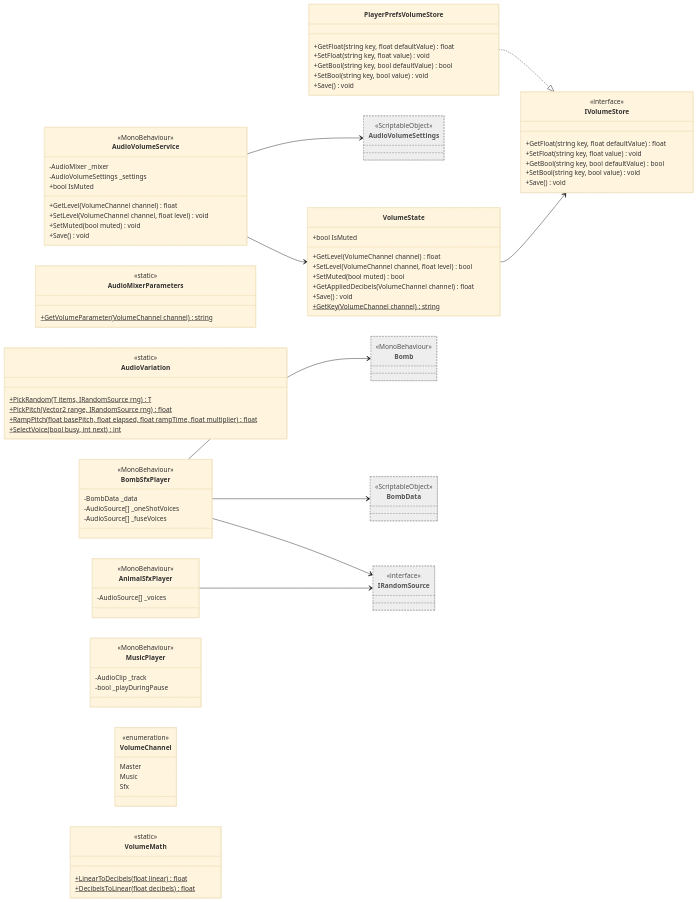
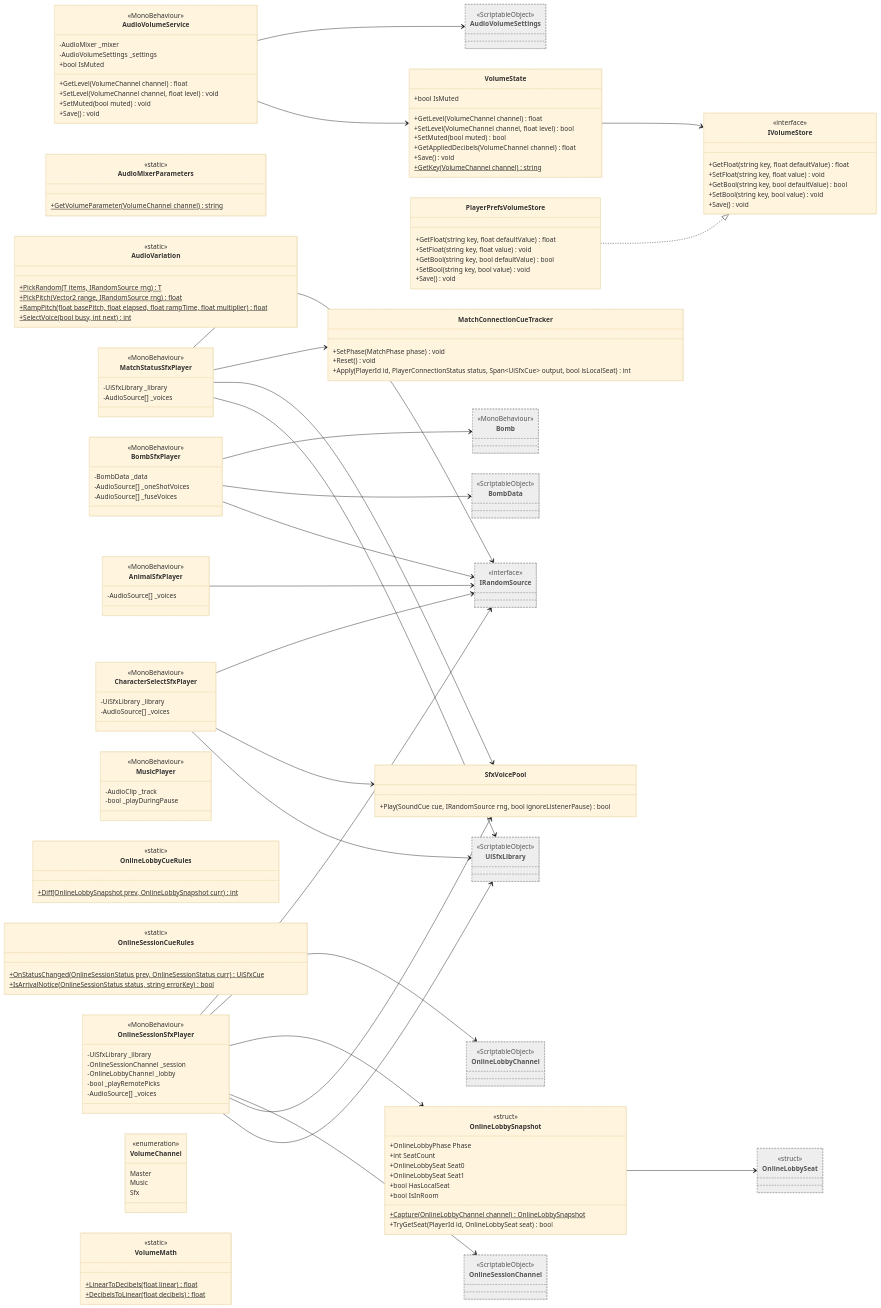
The diagram in Docs/Arquitectura/Modulos/Modulo Audio.md (Chacashi/Alien-Farms), drawn with Mermaid (base theme) before and after one commit. The commit also changed other lines of this file and 257 other files, not shown here.

```diff
--- a/Docs/Arquitectura/Modulos/Modulo Audio.md
+++ b/Docs/Arquitectura/Modulos/Modulo Audio.md
@@ -42,6 +42,11 @@
     -AudioSource[] _oneShotVoices
     -AudioSource[] _fuseVoices
   }
+  class CharacterSelectSfxPlayer {
+    <<MonoBehaviour>>
+    -UiSfxLibrary _library
+    -AudioSource[] _voices
+  }
   class IVolumeStore {
     <<interface>>
     +GetFloat(string key, float defaultValue) float
@@ -50,10 +55,48 @@
     +SetBool(string key, bool value) void
     +Save() void
   }
+  class MatchConnectionCueTracker {
+    +SetPhase(MatchPhase phase) void
+    +Reset() void
+    +Apply(PlayerId id, PlayerConnectionStatus status, Span~UiSfxCue~ output, bool isLocalSeat) int
+  }
+  class MatchStatusSfxPlayer {
+    <<MonoBehaviour>>
+    -UiSfxLibrary _library
+    -AudioSource[] _voices
+  }
   class MusicPlayer {
     <<MonoBehaviour>>
     -AudioClip _track
     -bool _playDuringPause
+  }
+  class OnlineLobbyCueRules {
+    <<static>>
+    +Diff(OnlineLobbySnapshot prev, OnlineLobbySnapshot curr)$ int
+  }
+  class OnlineLobbySnapshot {
+    <<struct>>
+    +OnlineLobbyPhase Phase
+    +int SeatCount
+    +OnlineLobbySeat Seat0
+    +OnlineLobbySeat Seat1
+    +bool HasLocalSeat
+    +bool IsInRoom
+    +Capture(OnlineLobbyChannel channel)$ OnlineLobbySnapshot
+    +TryGetSeat(PlayerId id, OnlineLobbySeat seat) bool
+  }
+  class OnlineSessionCueRules {
+    <<static>>
+    +OnStatusChanged(OnlineSessionStatus prev, OnlineSessionStatus curr)$ UiSfxCue
+    +IsArrivalNotice(OnlineSessionStatus status, string errorKey)$ bool
+  }
+  class OnlineSessionSfxPlayer {
+    <<MonoBehaviour>>
+    -UiSfxLibrary _library
+    -OnlineSessionChannel _session
+    -OnlineLobbyChannel _lobby
+    -bool _playRemotePicks
+    -AudioSource[] _voices
   }
   class PlayerPrefsVolumeStore {
     +GetFloat(string key, float defaultValue) float
@@ -61,6 +104,9 @@
     +GetBool(string key, bool defaultValue) bool
     +SetBool(string key, bool value) void
     +Save() void
+  }
+  class SfxVoicePool {
+    +Play(SoundCue cue, IRandomSource rng, bool ignoreListenerPause) bool
   }
   class VolumeChannel {
     <<enumeration>>
@@ -90,12 +136,34 @@
   <<ScriptableObject>> BombData
   class IRandomSource:::external
   <<interface>> IRandomSource
+  class OnlineLobbyChannel:::external
+  <<ScriptableObject>> OnlineLobbyChannel
+  class OnlineLobbySeat:::external
+  <<struct>> OnlineLobbySeat
+  class OnlineSessionChannel:::external
+  <<ScriptableObject>> OnlineSessionChannel
+  class UiSfxLibrary:::external
+  <<ScriptableObject>> UiSfxLibrary
   AnimalSfxPlayer --> IRandomSource
   AudioVolumeService --> AudioVolumeSettings
   AudioVolumeService --> VolumeState
   BombSfxPlayer --> Bomb
   BombSfxPlayer --> BombData
   BombSfxPlayer --> IRandomSource
+  CharacterSelectSfxPlayer --> IRandomSource
+  CharacterSelectSfxPlayer --> SfxVoicePool
+  CharacterSelectSfxPlayer --> UiSfxLibrary
+  MatchStatusSfxPlayer --> IRandomSource
+  MatchStatusSfxPlayer --> MatchConnectionCueTracker
+  MatchStatusSfxPlayer --> SfxVoicePool
+  MatchStatusSfxPlayer --> UiSfxLibrary
+  OnlineLobbySnapshot --> OnlineLobbySeat
+  OnlineSessionSfxPlayer --> IRandomSource
+  OnlineSessionSfxPlayer --> OnlineLobbyChannel
+  OnlineSessionSfxPlayer --> OnlineLobbySnapshot
+  OnlineSessionSfxPlayer --> OnlineSessionChannel
+  OnlineSessionSfxPlayer --> SfxVoicePool
+  OnlineSessionSfxPlayer --> UiSfxLibrary
   PlayerPrefsVolumeStore ..|> IVolumeStore
   VolumeState --> IVolumeStore
   classDef external fill:#eee,stroke:#999,stroke-dasharray: 4 3,color:#555
```
